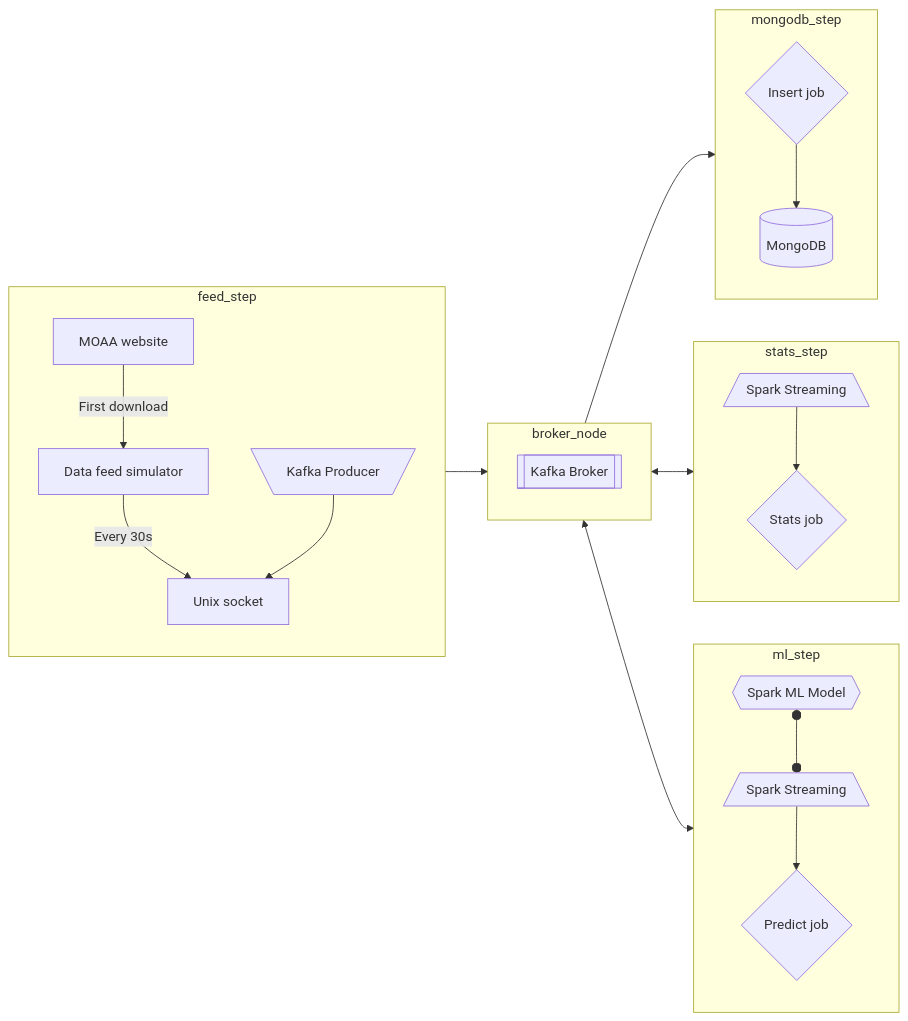
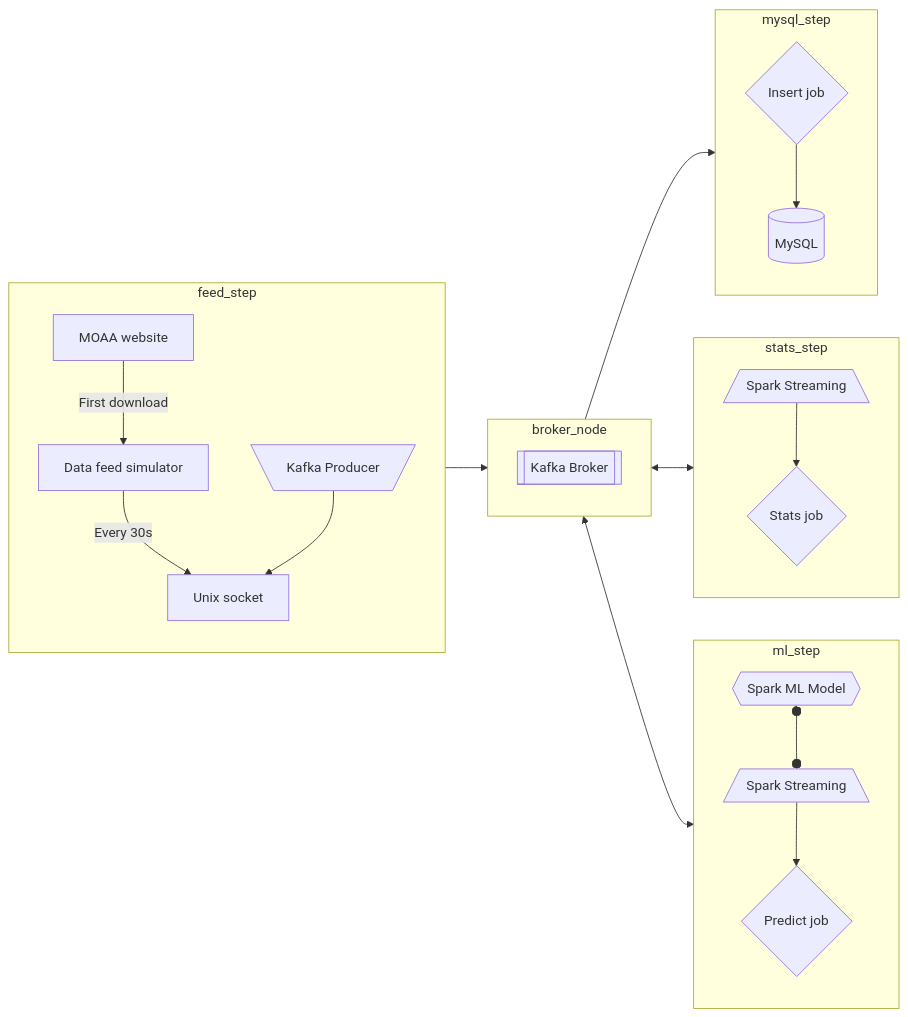
One commit to vittorio-c/ipssi-moaa-kappa changed the first of 2 diagrams in README.md. Above: the diagram before and after it, drawn with Mermaid. The commit also changed other lines of this file and 13 other files, not shown here.

````diff
--- a/README.md
+++ b/README.md
@@ -19,50 +19,50 @@
 ```mermaid
 flowchart LR
     kafka_broker[[Kafka Broker]]
     kafka_producer[\Kafka Producer/]
     spark_streaming_ml[/Spark Streaming\]
     spark_streaming_stats[/Spark Streaming\]
     moaa_website[MOAA website]
     feed[Data feed simulator]
     unix_socket[Unix socket]
     compute_means{Stats job}
     model{{Spark ML Model}}
     predict{Predict job}
-    mongodb[(MongoDB)]
-    insert_mongodb{Insert job}
+    mysql[(MySQL)]
+    insert_mysql{Insert job}
 
     subgraph feed_step
     moaa_website -- First download --> feed
     feed -- Every 30s --> unix_socket
     kafka_producer --> unix_socket
     end
 
     %% kafka_producer -- New data --> kafka_broker
     
     subgraph broker_node
     kafka_broker
     end
 
     subgraph stats_step
     spark_streaming_stats --> compute_means
     end
     
     %% kafka_broker --> spark_streaming_stats
     %% kafka_broker --> spark_streaming_ml
     %% compute_means --> kafka_broker
     %% predict --> kafka_broker
     
     subgraph ml_step
     model o--o spark_streaming_ml
     spark_streaming_ml --> predict
     end
     
-    subgraph mongodb_step
-    insert_mongodb --> mongodb
+    subgraph mysql_step
+    insert_mysql --> mysql
     end
     
-    broker_node --> mongodb_step
+    broker_node --> mysql_step
     feed_step --> broker_node
     broker_node <--> stats_step
     broker_node <--> ml_step
 ```
````
